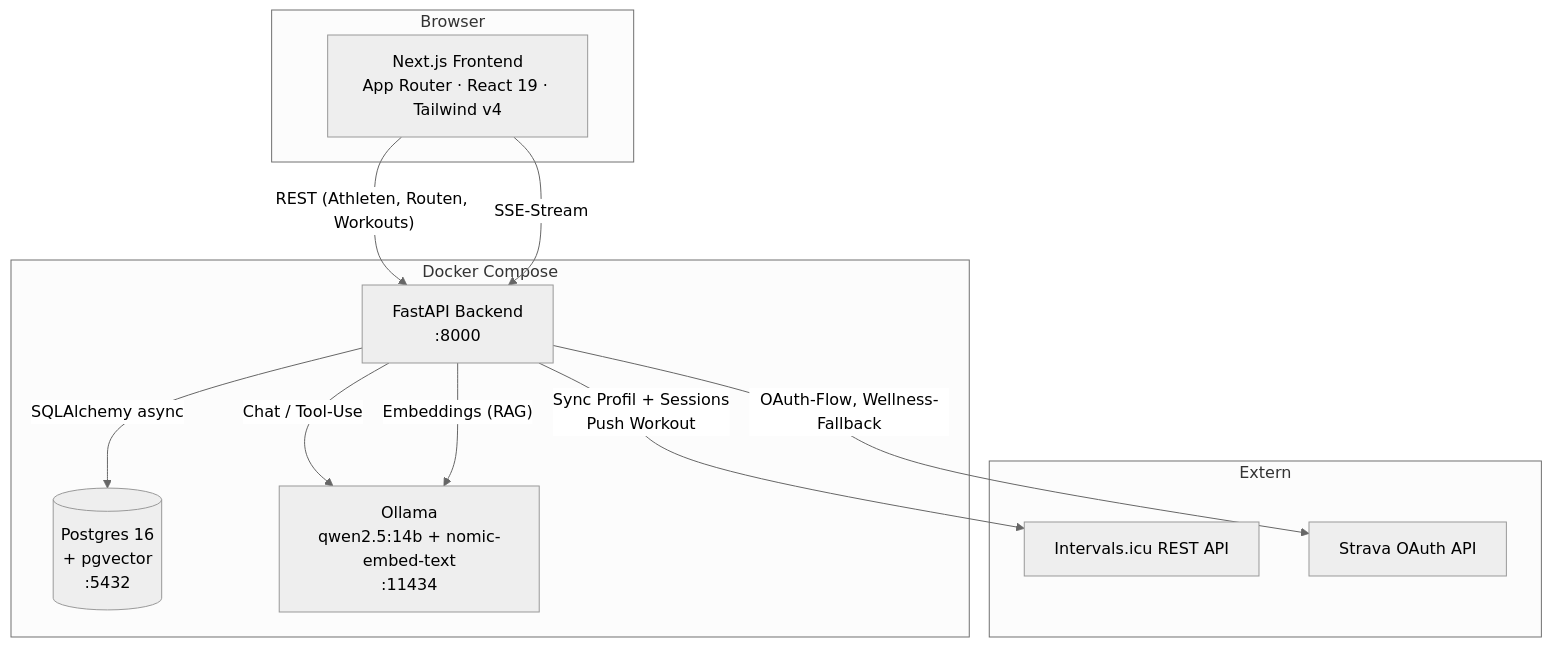
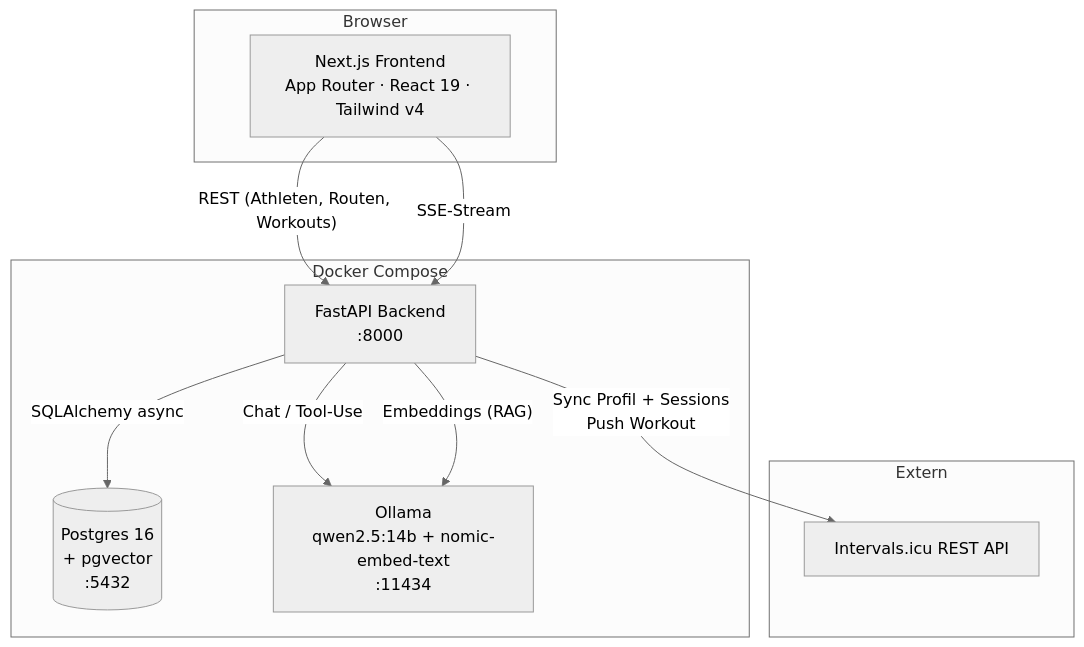
The first of 4 diagrams in docs/architecture.md (winSC1ENCE/TerraTrain), drawn with Mermaid (neutral theme) before and after one commit. The commit also changed other lines of this file and 70 other files, not shown here.

````diff
--- a/docs/architecture.md
+++ b/docs/architecture.md
@@ -18,25 +18,23 @@
 ```mermaid
 flowchart TB
     subgraph Browser
         FE["Next.js Frontend<br/>App Router · React 19 · Tailwind v4"]
     end
 
     subgraph Docker["Docker Compose"]
         BE["FastAPI Backend<br/>:8000"]
         PG[("Postgres 16<br/>+ pgvector<br/>:5432")]
         OL["Ollama<br/>qwen2.5:14b + nomic-embed-text<br/>:11434"]
     end
 
     subgraph Extern
         IC["Intervals.icu REST API"]
-        ST["Strava OAuth API"]
     end
 
     FE -->|"REST (Athleten, Routen, Workouts)"| BE
     FE -->|"SSE-Stream"| BE
     BE -->|"SQLAlchemy async"| PG
     BE -->|"Chat / Tool-Use"| OL
     BE -->|"Embeddings (RAG)"| OL
     BE -->|"Sync Profil + Sessions<br/>Push Workout"| IC
-    BE -->|"OAuth-Flow, Wellness-Fallback"| ST
 ```
````
